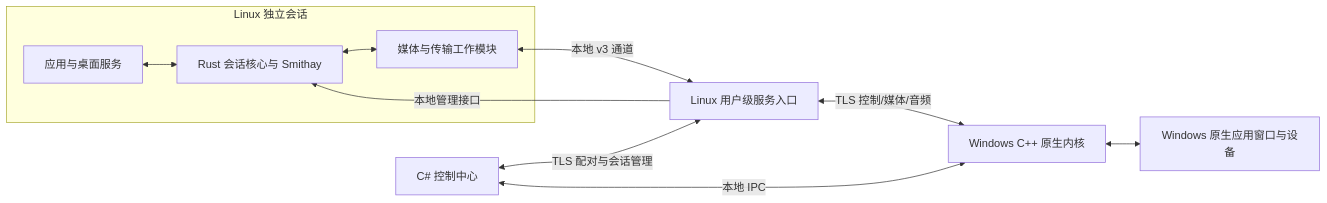
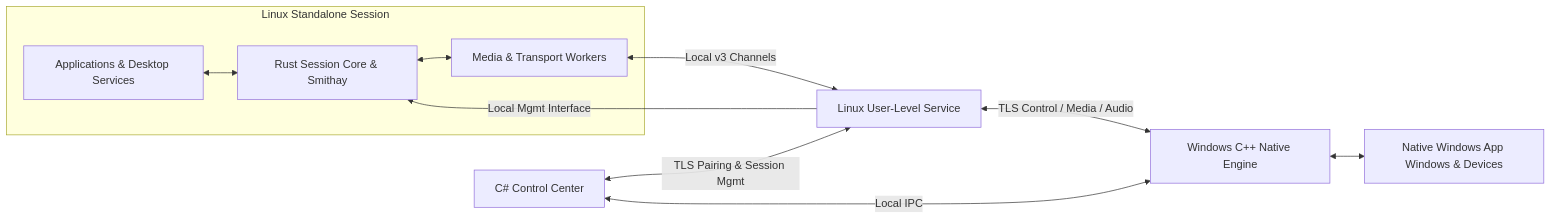
One commit to wanoful/waybridge changed the diagram in docs/ARCHITECTURE.md. Above: the diagram before and after it, drawn with Mermaid. The commit also changed other lines of this file and 55 other files, not shown here.

````diff
--- a/docs/ARCHITECTURE.md
+++ b/docs/ARCHITECTURE.md
@@ -32,20 +32,20 @@
 ```mermaid
 flowchart LR
-    subgraph Linux["Linux 独立会话"]
-        Apps["应用与桌面服务"]
-        Core["Rust 会话核心与 Smithay"]
-        Media["媒体与传输工作模块"]
+    subgraph Linux["Linux Standalone Session"]
+        Apps["Applications & Desktop Services"]
+        Core["Rust Session Core & Smithay"]
+        Media["Media & Transport Workers"]
         Apps <--> Core
         Core <--> Media
     end
-    Service["Linux 用户级服务入口"]
-    Engine["Windows C++ 原生内核"]
-    Windows["Windows 原生应用窗口与设备"]
-    GUI["C# 控制中心"]
-    GUI <-->|"TLS 配对与会话管理"| Service
-    Service -->|"本地管理接口"| Core
-    Media <-->|"本地 v3 通道"| Service
-    Service <-->|"TLS 控制/媒体/音频"| Engine
+    Service["Linux User-Level Service"]
+    Engine["Windows C++ Native Engine"]
+    Windows["Native Windows App Windows & Devices"]
+    GUI["C# Control Center"]
+    GUI <-->|"TLS Pairing & Session Mgmt"| Service
+    Service -->|"Local Mgmt Interface"| Core
+    Media <-->|"Local v3 Channels"| Service
+    Service <-->|"TLS Control / Media / Audio"| Engine
     Engine <--> Windows
-    GUI <-->|"本地 IPC"| Engine
+    GUI <-->|"Local IPC"| Engine
 ```
````
